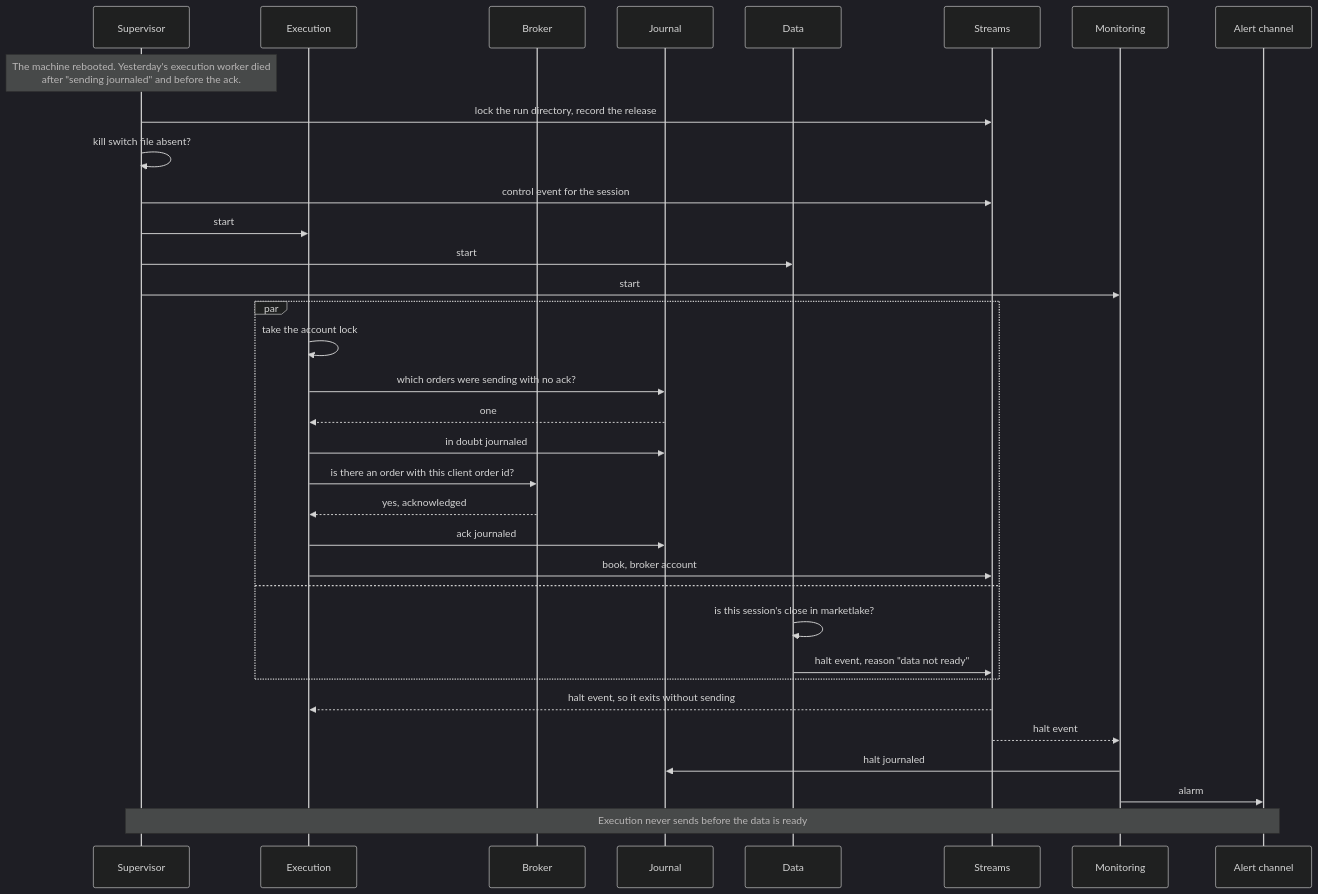
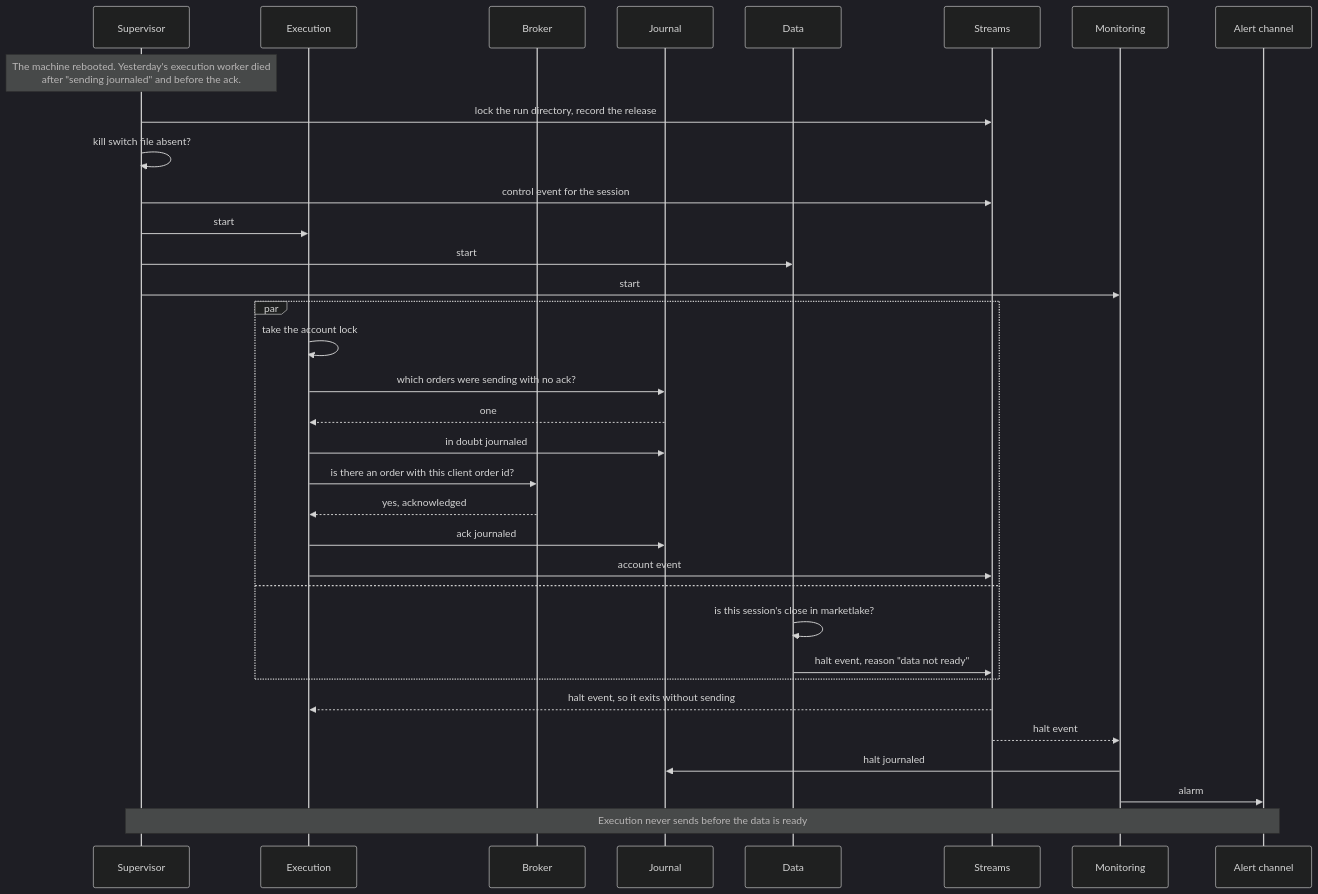
The sixth of 16 diagrams in docs/architecture.md (l3a0/ithildin-runtime), drawn with Mermaid (dark theme) before and after one commit. The commit also changed other lines of this file and 2 other files, not shown here.

````diff
--- a/docs/architecture.md
+++ b/docs/architecture.md
@@ -619,37 +626,37 @@
 ```mermaid
 sequenceDiagram
     participant V as Supervisor
     participant X as Execution
     participant B as Broker
     participant J as Journal
     participant D as Data
     participant F as Streams
     participant M as Monitoring
     participant L as Alert channel
 
     Note over V: The machine rebooted. Yesterday's execution worker died<br/>after "sending journaled" and before the ack.
     V->>F: lock the run directory, record the release
     V->>V: kill switch file absent?
     V->>F: control event for the session
     V->>X: start
     V->>D: start
     V->>M: start
     par
         X->>X: take the account lock
         X->>J: which orders were sending with no ack?
         J-->>X: one
         X->>J: in doubt journaled
         X->>B: is there an order with this client order id?
         B-->>X: yes, acknowledged
         X->>J: ack journaled
-        X->>F: book, broker account
+        X->>F: account event
     and
         D->>D: is this session's close in marketlake?
         D->>F: halt event, reason "data not ready"
     end
     F-->>X: halt event, so it exits without sending
     F-->>M: halt event
     M->>J: halt journaled
     M->>L: alarm
     Note over V,L: Execution never sends before the data is ready
 ```
````
